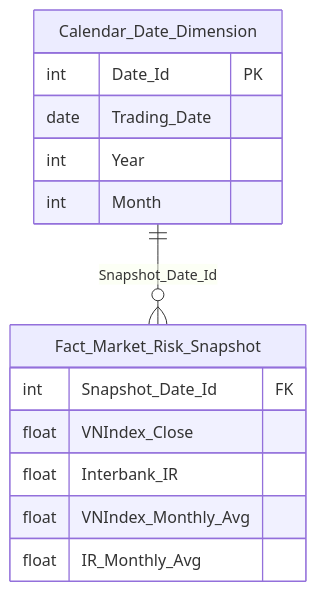
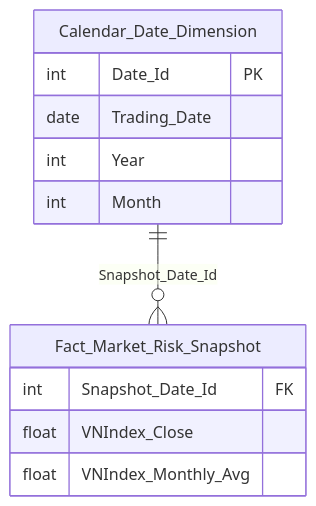
Before and after one commit to linhlvit/ubck_atomic_design: diagram 19 of 51 in Datamart/hld/DTM_PTTT_HLD.md, drawn with Mermaid. The commit also changed other lines of this file and 11 other files, not shown here.

````diff
--- a/Datamart/hld/DTM_PTTT_HLD.md
+++ b/Datamart/hld/DTM_PTTT_HLD.md
@@ -883,17 +858,15 @@
 ```mermaid
 erDiagram
     Fact_Market_Risk_Snapshot {
         int Snapshot_Date_Id FK
         float VNIndex_Close
-        float Interbank_IR
         float VNIndex_Monthly_Avg
-        float IR_Monthly_Avg
     }
     Calendar_Date_Dimension {
         int Date_Id PK
         date Trading_Date
         int Year
         int Month
     }
     Calendar_Date_Dimension ||--o{ Fact_Market_Risk_Snapshot : "Snapshot_Date_Id"
 ```
````
